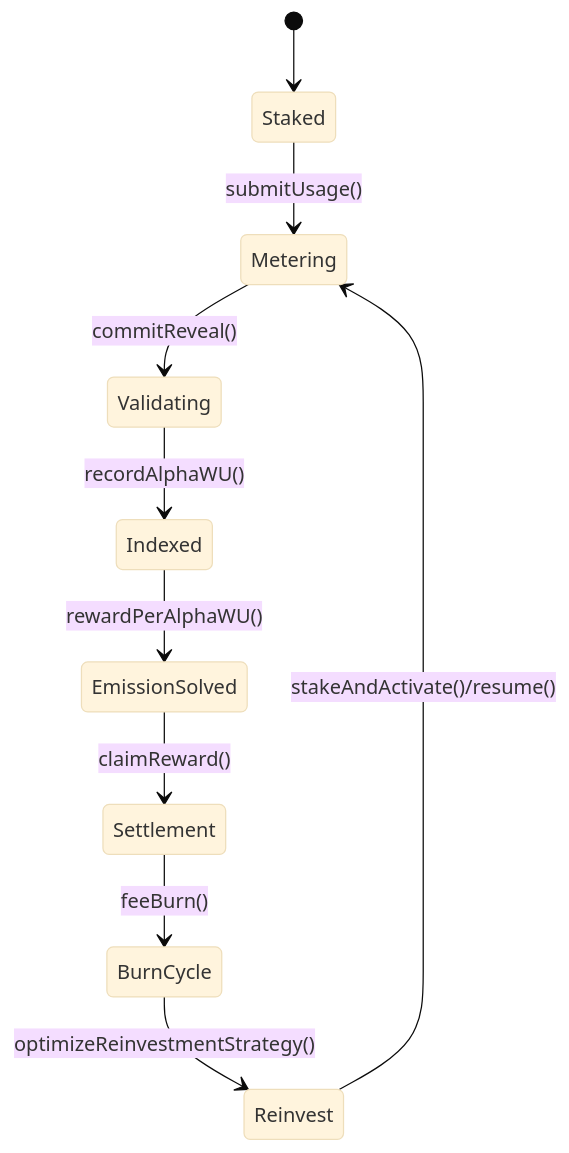
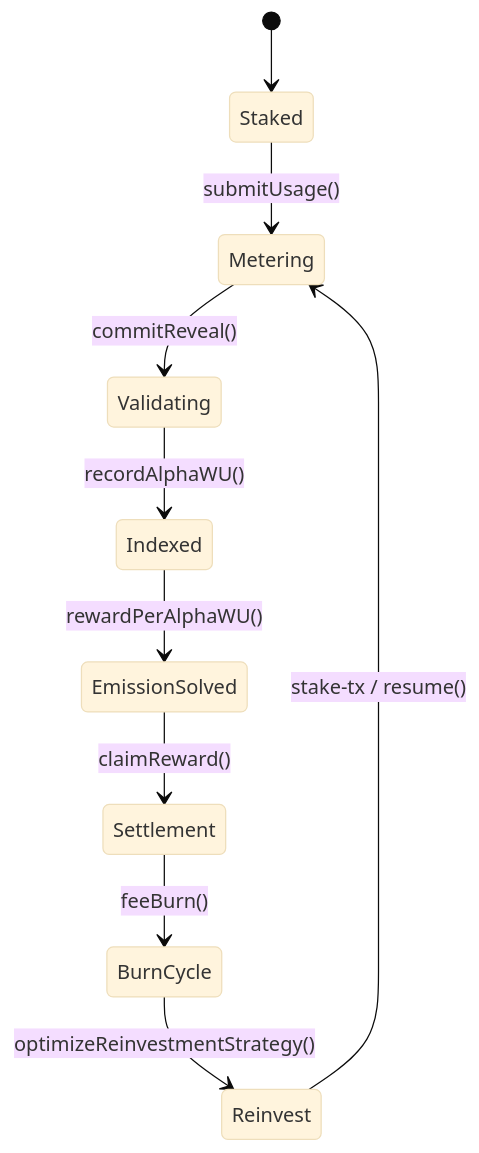
The second of 3 diagrams in docs/economics.md (MontrealAI/AGI-Alpha-Node-v0), drawn with Mermaid (base theme) before and after one commit. The commit also changed other lines of this file, not shown here.

````diff
--- a/docs/economics.md
+++ b/docs/economics.md
@@ -114,12 +104,12 @@
 ```mermaid
 stateDiagram-v2
     [*] --> Staked
     Staked --> Metering: submitUsage()
     Metering --> Validating: commitReveal()
     Validating --> Indexed: recordAlphaWU()
     Indexed --> EmissionSolved: rewardPerAlphaWU()
     EmissionSolved --> Settlement: claimReward()
     Settlement --> BurnCycle: feeBurn()
     BurnCycle --> Reinvest: optimizeReinvestmentStrategy()
-    Reinvest --> Metering: stakeAndActivate()/resume()
+    Reinvest --> Metering: stake-tx / resume()
 ```
````
